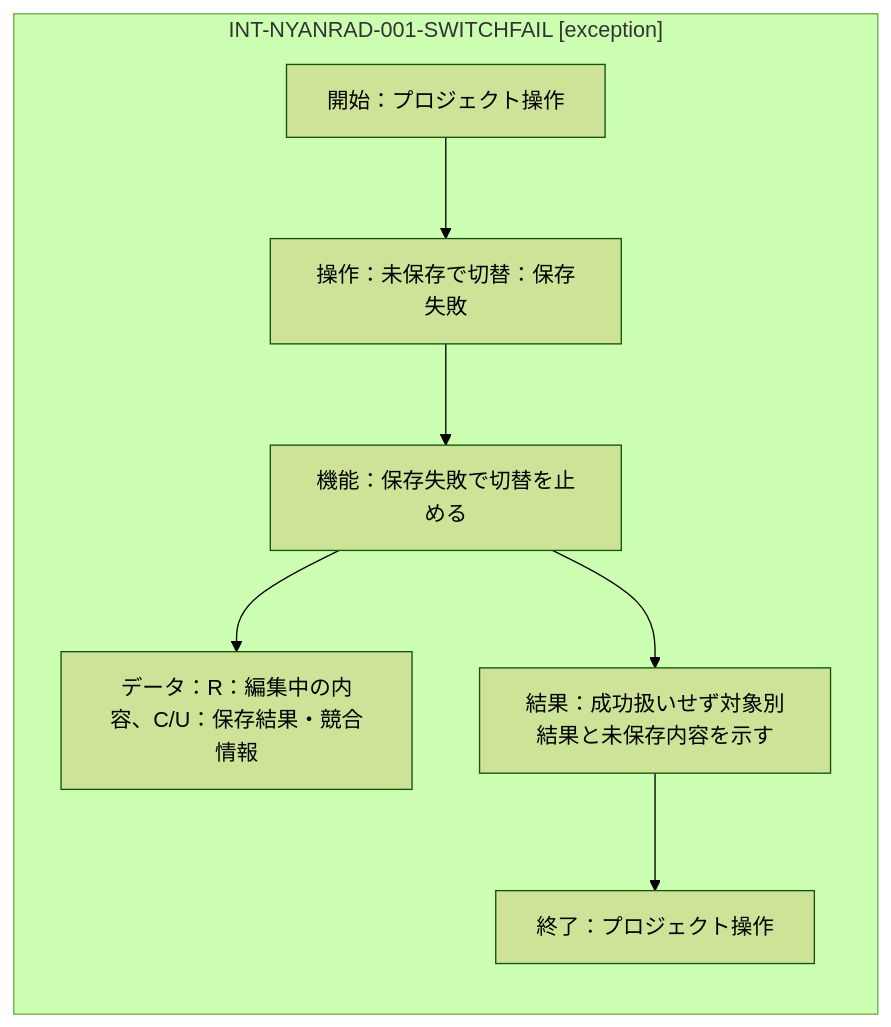
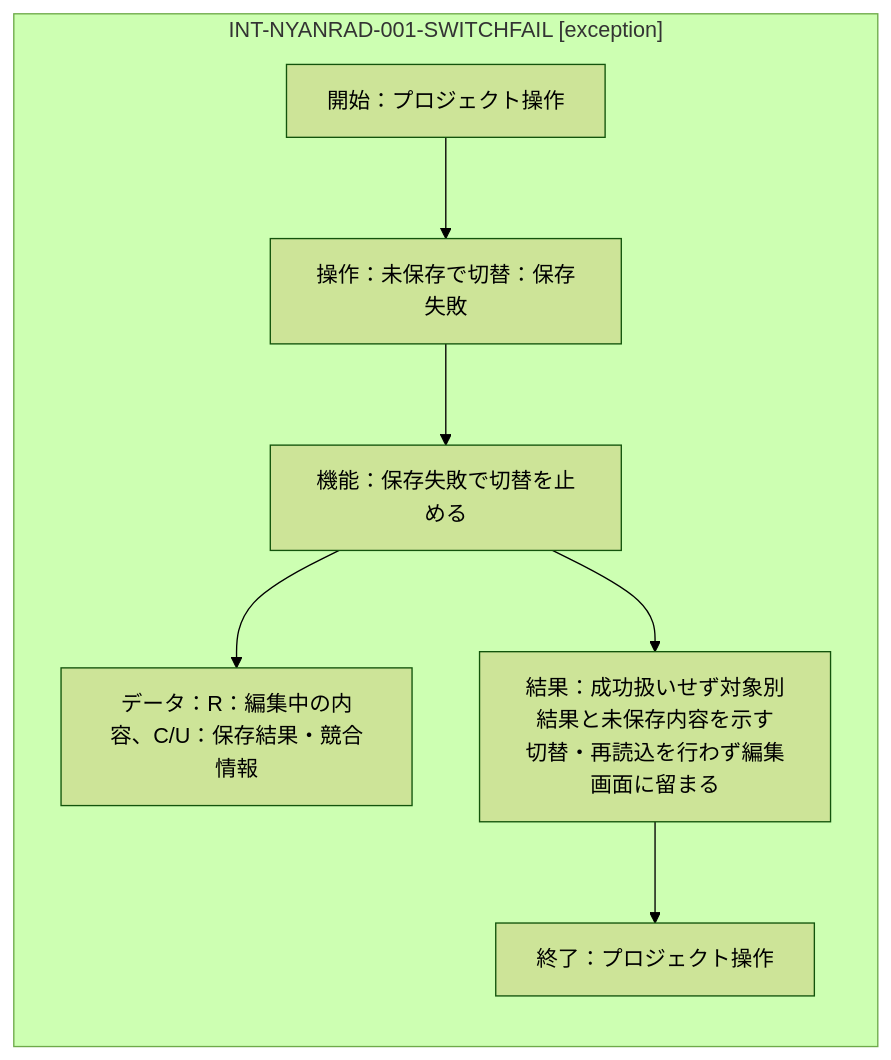
One commit to kosaru/NyanRAD changed the diagram in planning/ifdam/IFDAM-NYANRAD-001/diagrams/14.mmd. Above: the diagram before and after it, drawn with Mermaid (forest theme). The commit also changed 8 other files, not shown here.

Commit message:
Synchronize save failure diagrams

```diff
--- a/planning/ifdam/IFDAM-NYANRAD-001/diagrams/14.mmd
+++ b/planning/ifdam/IFDAM-NYANRAD-001/diagrams/14.mmd
@@ -1,6 +1,6 @@
 flowchart LR
   subgraph I["INT-NYANRAD-001-SWITCHFAIL [exception]"]
     U["開始：プロジェクト操作"] --> E["操作：未保存で切替：保存失敗"] --> F["機能：保存失敗で切替を止める"]
     F --> D["データ：R：編集中の内容、C/U：保存結果・競合情報"]
-    F --> R["結果：成功扱いせず対象別結果と未保存内容を示す"] --> T["終了：プロジェクト操作"]
+    F --> R["結果：成功扱いせず対象別結果と未保存内容を示す<br/>切替・再読込を行わず編集画面に留まる"] --> T["終了：プロジェクト操作"]
   end
```
